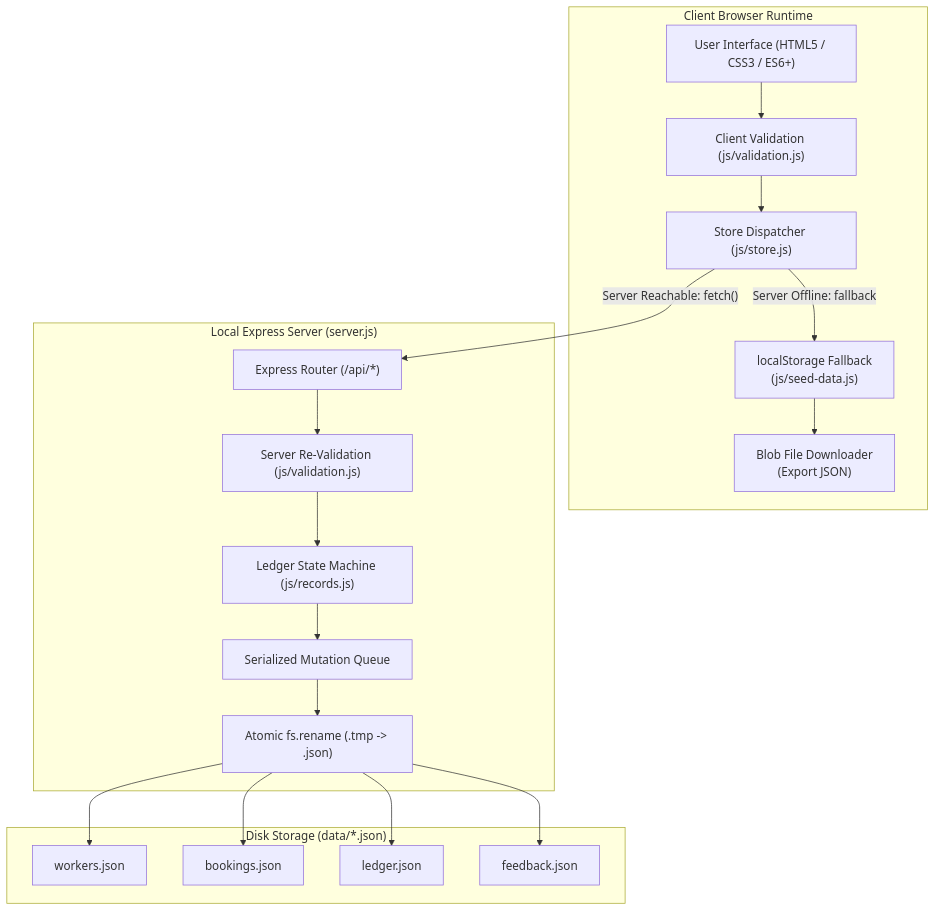
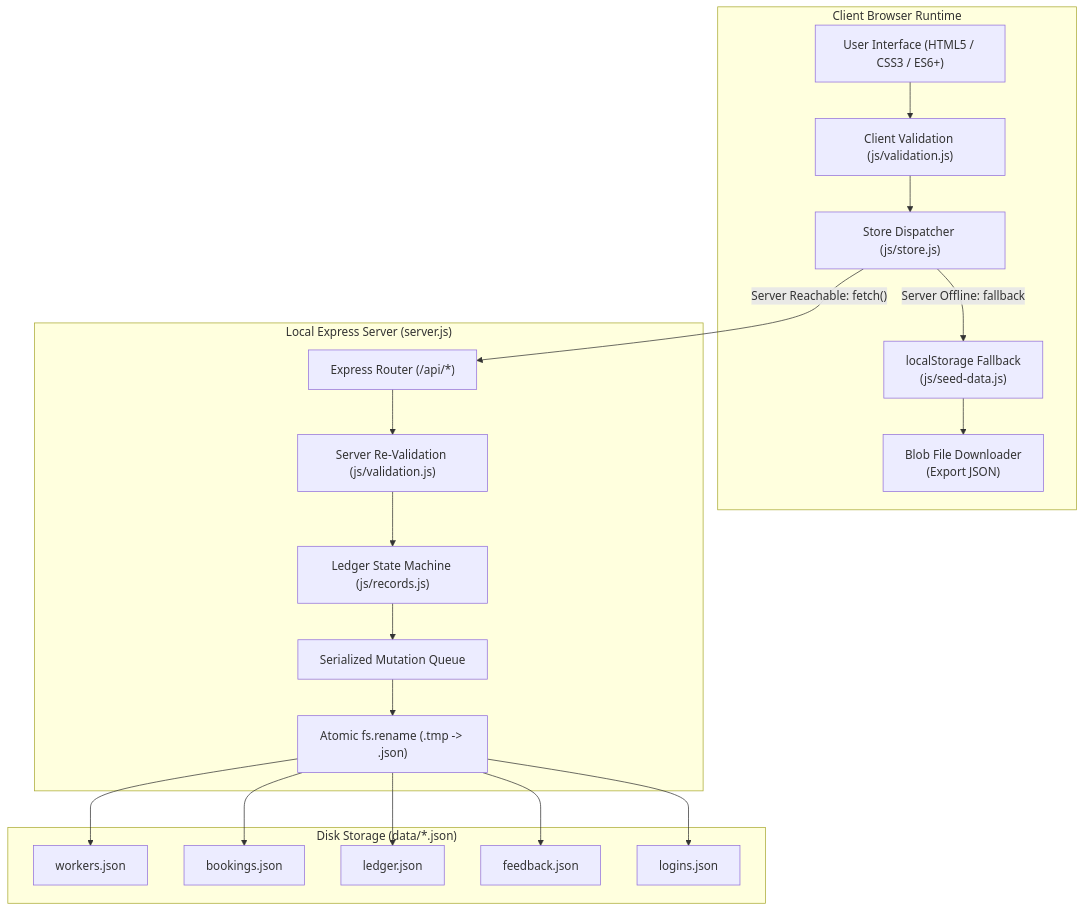
Before and after one commit to darshsharma-bit/SevaKhata: the third of 3 diagrams in README.md, drawn with Mermaid. The commit also changed other lines of this file and 8 other files, not shown here.

````diff
--- a/README.md
+++ b/README.md
@@ -410,42 +398,44 @@
 ```mermaid
 flowchart TD
     subgraph Client ["Client Browser Runtime"]
         UI["User Interface (HTML5 / CSS3 / ES6+)"]
         ClientVal["Client Validation (js/validation.js)"]
         Store["Store Dispatcher (js/store.js)"]
         LocalFallback["localStorage Fallback<br/>(js/seed-data.js)"]
         BlobExport["Blob File Downloader<br/>(Export JSON)"]
     end
 
     subgraph Server ["Local Express Server (server.js)"]
         API["Express Router (/api/*)"]
         ServerVal["Server Re-Validation (js/validation.js)"]
         StateEngine["Ledger State Machine (js/records.js)"]
         WriteQueue["Serialized Mutation Queue"]
         AtomicWrite["Atomic fs.rename (.tmp -> .json)"]
     end
 
     subgraph Storage ["Disk Storage (data/*.json)"]
         WData["workers.json"]
         BData["bookings.json"]
         LData["ledger.json"]
         FData["feedback.json"]
+        LGData["logins.json"]
     end
 
     UI --> ClientVal
     ClientVal --> Store
     
     Store -->|"Server Reachable: fetch()"| API
     Store -->|"Server Offline: fallback"| LocalFallback
     LocalFallback --> BlobExport
 
     API --> ServerVal
     ServerVal --> StateEngine
     StateEngine --> WriteQueue
     WriteQueue --> AtomicWrite
     
     AtomicWrite --> WData
     AtomicWrite --> BData
     AtomicWrite --> LData
     AtomicWrite --> FData
+    AtomicWrite --> LGData
 ```
````
